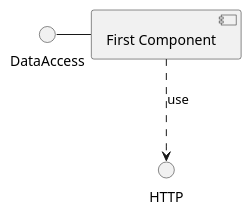
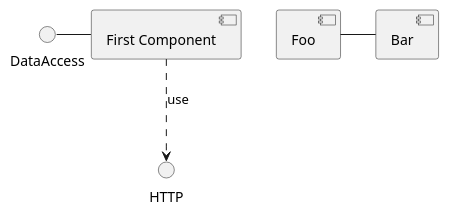
One commit to claytantor/aorbtest-uml changed the diagram in test-components.puml. Above: the diagram before and after it, drawn with PlantUML.

Commit message:
add a change in the branch
update

```diff
--- a/test-components.puml
+++ b/test-components.puml
@@ -1,6 +1,7 @@
 @startuml
 
 DataAccess - [First Component]
 [First Component] ..> HTTP : use
+[Foo] - [Bar]
 
 @enduml
```
